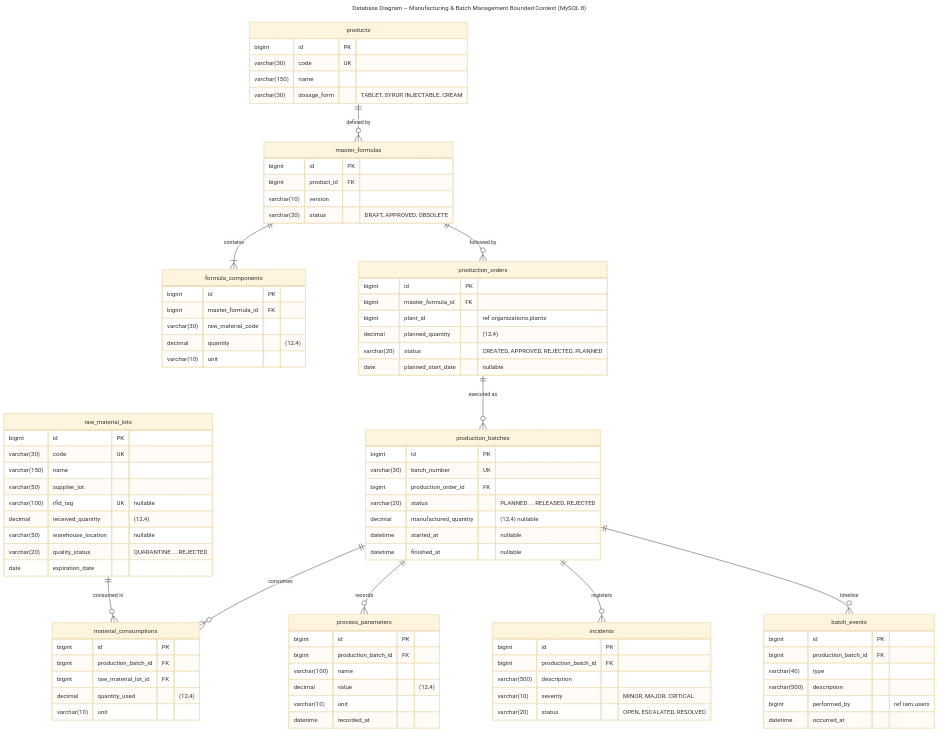
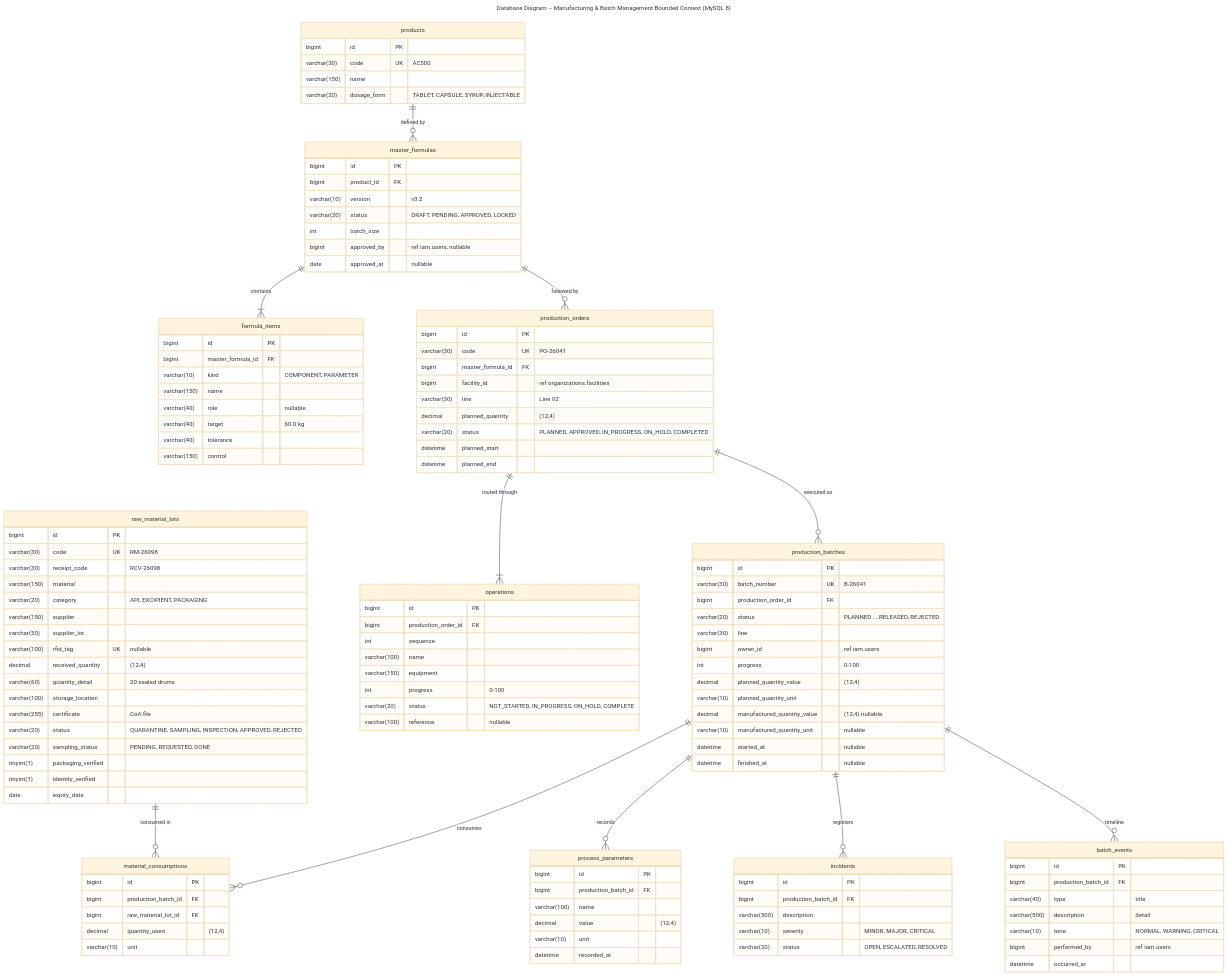
The diagram in report/assets/diagrams/mermaid/db-04-manufacturing.mmd (IngesCompany/doofplus-report), drawn with Mermaid (base theme) before and after one commit. The commit also changed 10 other files, not shown here.

Commit message:
fix(diagrams): align the class and database diagrams with the product

```diff
--- a/report/assets/diagrams/mermaid/db-04-manufacturing.mmd
+++ b/report/assets/diagrams/mermaid/db-04-manufacturing.mmd
@@ -1,90 +1,125 @@
 ---
 title: "Database Diagram – Manufacturing & Batch Management Bounded Context (MySQL 8)"
 ---
 erDiagram
   products {
     bigint id PK
-    varchar(30) code UK
+    varchar(30) code UK "AC500"
     varchar(150) name
-    varchar(30) dosage_form "TABLET, SYRUP, INJECTABLE, CREAM"
+    varchar(20) dosage_form "TABLET, CAPSULE, SYRUP, INJECTABLE"
   }
   master_formulas {
     bigint id PK
     bigint product_id FK
-    varchar(10) version
-    varchar(20) status "DRAFT, APPROVED, OBSOLETE"
+    varchar(10) version "v3.2"
+    varchar(20) status "DRAFT, PENDING, APPROVED, LOCKED"
+    int batch_size
+    bigint approved_by "ref iam.users, nullable"
+    date approved_at "nullable"
   }
-  formula_components {
+  formula_items {
     bigint id PK
     bigint master_formula_id FK
-    varchar(30) raw_material_code
-    decimal quantity "(12,4)"
-    varchar(10) unit
+    varchar(10) kind "COMPONENT, PARAMETER"
+    varchar(150) name
+    varchar(40) role "nullable"
+    varchar(40) target "60.0 kg"
+    varchar(40) tolerance
+    varchar(150) control
   }
   raw_material_lots {
     bigint id PK
-    varchar(30) code UK
-    varchar(150) name
+    varchar(30) code UK "RM-26098"
+    varchar(30) receipt_code "RCV-26098"
+    varchar(150) material
+    varchar(20) category "API, EXCIPIENT, PACKAGING"
+    varchar(150) supplier
     varchar(50) supplier_lot
     varchar(100) rfid_tag UK "nullable"
     decimal received_quantity "(12,4)"
-    varchar(50) warehouse_location "nullable"
-    varchar(20) quality_status "QUARANTINE ... REJECTED"
-    date expiration_date
+    varchar(60) quantity_detail "20 sealed drums"
+    varchar(100) storage_location
+    varchar(255) certificate "CoA file"
+    varchar(20) status "QUARANTINE, SAMPLING, INSPECTION, APPROVED, REJECTED"
+    varchar(20) sampling_status "PENDING, REQUESTED, DONE"
+    tinyint(1) packaging_verified
+    tinyint(1) identity_verified
+    date expiry_date
   }
   production_orders {
     bigint id PK
+    varchar(30) code UK "PO-26041"
     bigint master_formula_id FK
-    bigint plant_id "ref organizations.plants"
+    bigint facility_id "ref organizations.facilities"
+    varchar(30) line "Line 02"
     decimal planned_quantity "(12,4)"
-    varchar(20) status "CREATED, APPROVED, REJECTED, PLANNED"
-    date planned_start_date "nullable"
+    varchar(20) status "PLANNED, APPROVED, IN_PROGRESS, ON_HOLD, COMPLETED"
+    datetime planned_start
+    datetime planned_end
+  }
+  operations {
+    bigint id PK
+    bigint production_order_id FK
+    int sequence
+    varchar(100) name
+    varchar(150) equipment
+    int progress "0-100"
+    varchar(20) status "NOT_STARTED, IN_PROGRESS, ON_HOLD, COMPLETE"
+    varchar(100) reference "nullable"
   }
   production_batches {
     bigint id PK
-    varchar(30) batch_number UK
+    varchar(30) batch_number UK "B-26041"
     bigint production_order_id FK
     varchar(20) status "PLANNED ... RELEASED, REJECTED"
-    decimal manufactured_quantity "(12,4) nullable"
+    varchar(30) line
+    bigint owner_id "ref iam.users"
+    int progress "0-100"
+    decimal planned_quantity_value "(12,4)"
+    varchar(10) planned_quantity_unit
+    decimal manufactured_quantity_value "(12,4) nullable"
+    varchar(10) manufactured_quantity_unit "nullable"
     datetime started_at "nullable"
     datetime finished_at "nullable"
   }
   material_consumptions {
     bigint id PK
     bigint production_batch_id FK
     bigint raw_material_lot_id FK
     decimal quantity_used "(12,4)"
     varchar(10) unit
   }
   process_parameters {
     bigint id PK
     bigint production_batch_id FK
     varchar(100) name
     decimal value "(12,4)"
     varchar(10) unit
     datetime recorded_at
   }
   incidents {
     bigint id PK
     bigint production_batch_id FK
     varchar(500) description
     varchar(10) severity "MINOR, MAJOR, CRITICAL"
     varchar(20) status "OPEN, ESCALATED, RESOLVED"
   }
   batch_events {
     bigint id PK
     bigint production_batch_id FK
-    varchar(40) type
-    varchar(500) description
+    varchar(40) type "title"
+    varchar(500) description "detail"
+    varchar(10) tone "NORMAL, WARNING, CRITICAL"
     bigint performed_by "ref iam.users"
     datetime occurred_at
   }
   products ||--o{ master_formulas : "defined by"
-  master_formulas ||--|{ formula_components : "contains"
+  master_formulas ||--|{ formula_items : "contains"
   master_formulas ||--o{ production_orders : "followed by"
+  production_orders ||--|{ operations : "routed through"
   production_orders ||--o{ production_batches : "executed as"
   production_batches ||--o{ material_consumptions : "consumes"
   raw_material_lots ||--o{ material_consumptions : "consumed in"
   production_batches ||--o{ process_parameters : "records"
   production_batches ||--o{ incidents : "registers"
   production_batches ||--o{ batch_events : "timeline"
```
